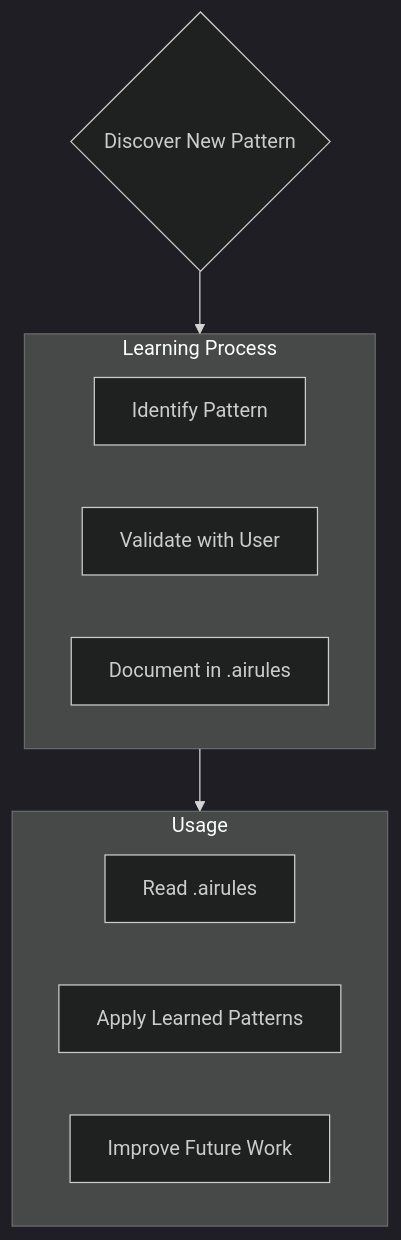
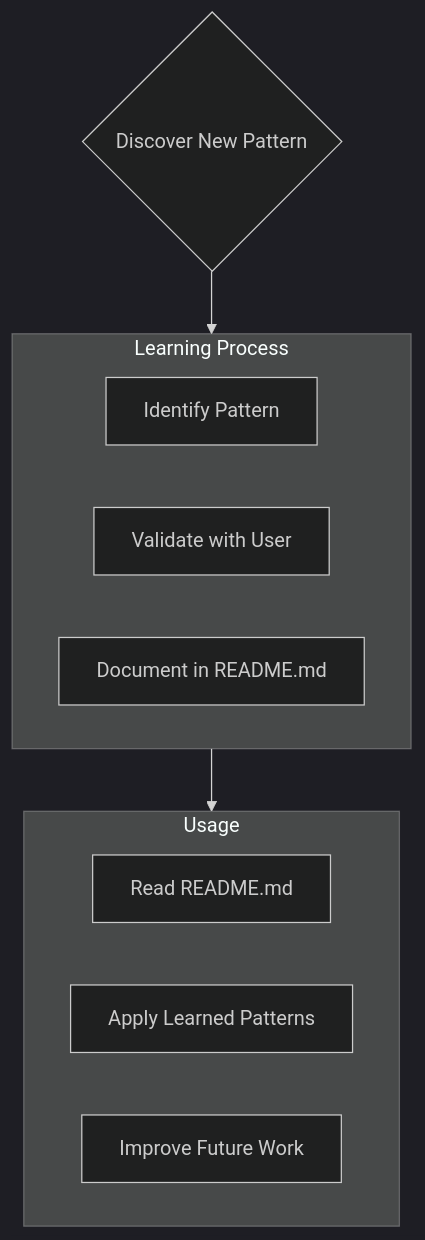
The fifth of 5 diagrams in .memory-bank/memory-bank-rules.md (raainio/raain-model), drawn with Mermaid (dark theme) before and after one commit. The commit also changed other lines of this file and 20 other files, not shown here.

````diff
--- a/.memory-bank/memory-bank-rules.md
+++ b/.memory-bank/memory-bank-rules.md
@@ -136,19 +142,19 @@
 ```mermaid
 flowchart TD
     Start{Discover New Pattern}
     
     subgraph Learn [Learning Process]
         D1[Identify Pattern]
         D2[Validate with User]
-        D3[Document in .airules]
+        D3[Document in README.md]
     end
     
     subgraph Apply [Usage]
-        A1[Read .airules]
+        A1[Read README.md]
         A2[Apply Learned Patterns]
         A3[Improve Future Work]
     end
     
     Start --> Learn
     Learn --> Apply
 ```
````
